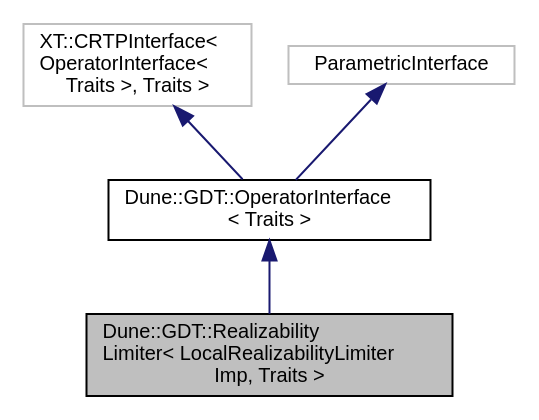
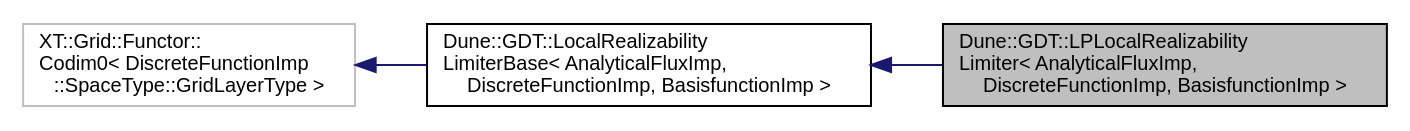
One commit to dune-community/dune-community.github.io changed the diagram in docs/dune-gdt/master/a01956.dot. Above: the diagram before and after it, drawn with Graphviz. The commit also changed 2018 other files, not shown here.

Commit message:
Updated documentation for dune-gdt master

```diff
--- a/docs/dune-gdt/master/a01956.dot
+++ b/docs/dune-gdt/master/a01956.dot
@@ -1,12 +1,11 @@
-digraph "Dune::GDT::RealizabilityLimiter&lt; LocalRealizabilityLimiterImp, Traits &gt;"
+digraph "Dune::GDT::LPLocalRealizabilityLimiter&lt; AnalyticalFluxImp, DiscreteFunctionImp, BasisfunctionImp &gt;"
 {
   edge [fontname="Helvetica",fontsize="10",labelfontname="Helvetica",labelfontsize="10"];
   node [fontname="Helvetica",fontsize="10",shape=record];
-  Node0 [label="Dune::GDT::Realizability\lLimiter\< LocalRealizabilityLimiter\lImp, Traits \>",height=0.2,width=0.4,color="black", fillcolor="grey75", style="filled", fontcolor="black"];
+  rankdir="LR";
+  Node0 [label="Dune::GDT::LPLocalRealizability\lLimiter\< AnalyticalFluxImp,\l DiscreteFunctionImp, BasisfunctionImp \>",height=0.2,width=0.4,color="black", fillcolor="grey75", style="filled", fontcolor="black"];
   Node1 -> Node0 [dir="back",color="midnightblue",fontsize="10",style="solid",fontname="Helvetica"];
-  Node1 [label="Dune::GDT::OperatorInterface\l\< Traits \>",height=0.2,width=0.4,color="black", fillcolor="white", style="filled",URL="$a02105.html"];
+  Node1 [label="Dune::GDT::LocalRealizability\lLimiterBase\< AnalyticalFluxImp,\l DiscreteFunctionImp, BasisfunctionImp \>",height=0.2,width=0.4,color="black", fillcolor="white", style="filled",URL="$a01929.html"];
   Node2 -> Node1 [dir="back",color="midnightblue",fontsize="10",style="solid",fontname="Helvetica"];
-  Node2 [label="XT::CRTPInterface\<\l OperatorInterface\<\l Traits \>, Traits \>",height=0.2,width=0.4,color="grey75", fillcolor="white", style="filled"];
-  Node3 -> Node1 [dir="back",color="midnightblue",fontsize="10",style="solid",fontname="Helvetica"];
-  Node3 [label="ParametricInterface",height=0.2,width=0.4,color="grey75", fillcolor="white", style="filled"];
+  Node2 [label="XT::Grid::Functor::\lCodim0\< DiscreteFunctionImp\l::SpaceType::GridLayerType \>",height=0.2,width=0.4,color="grey75", fillcolor="white", style="filled"];
 }
```
